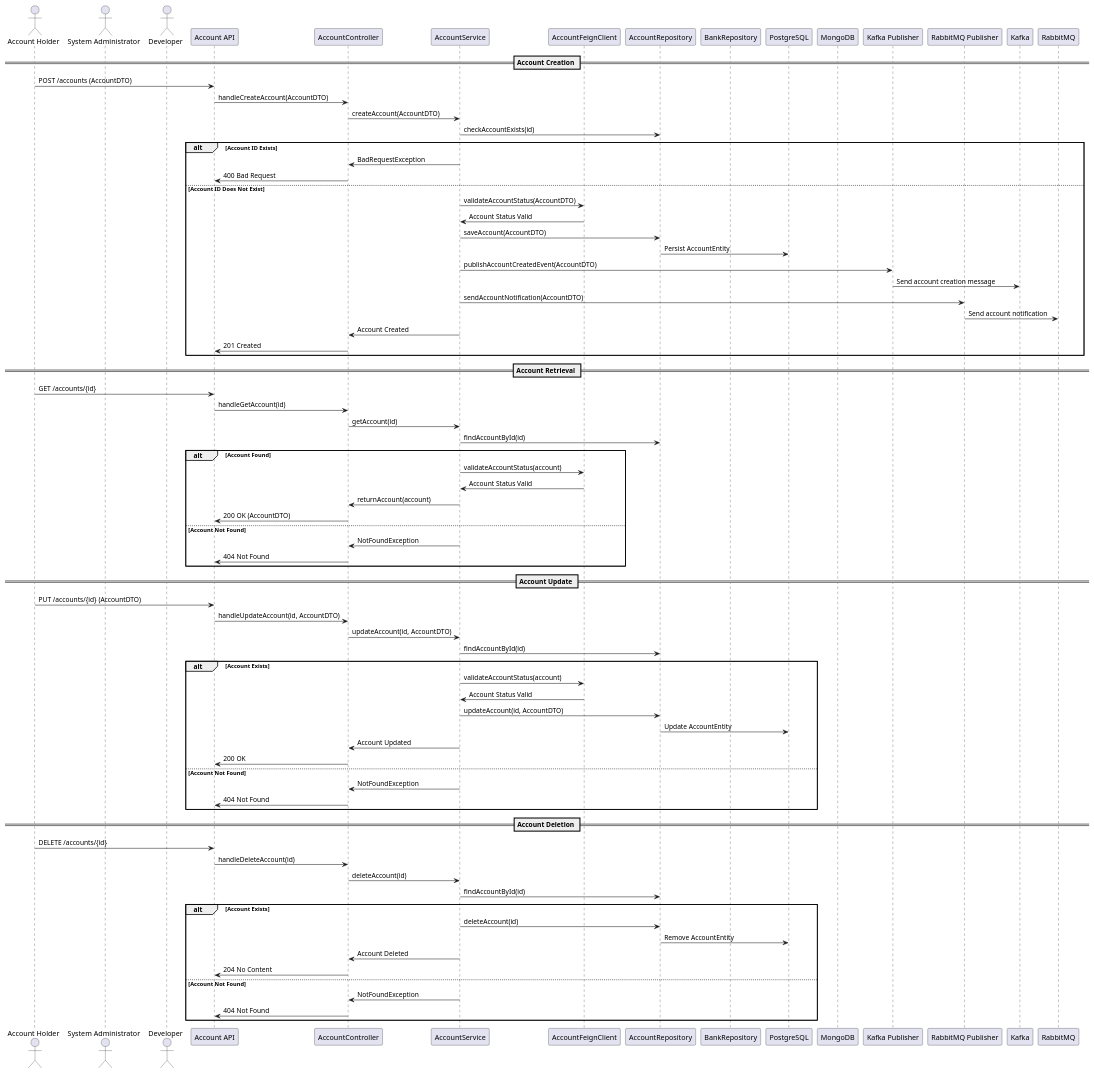
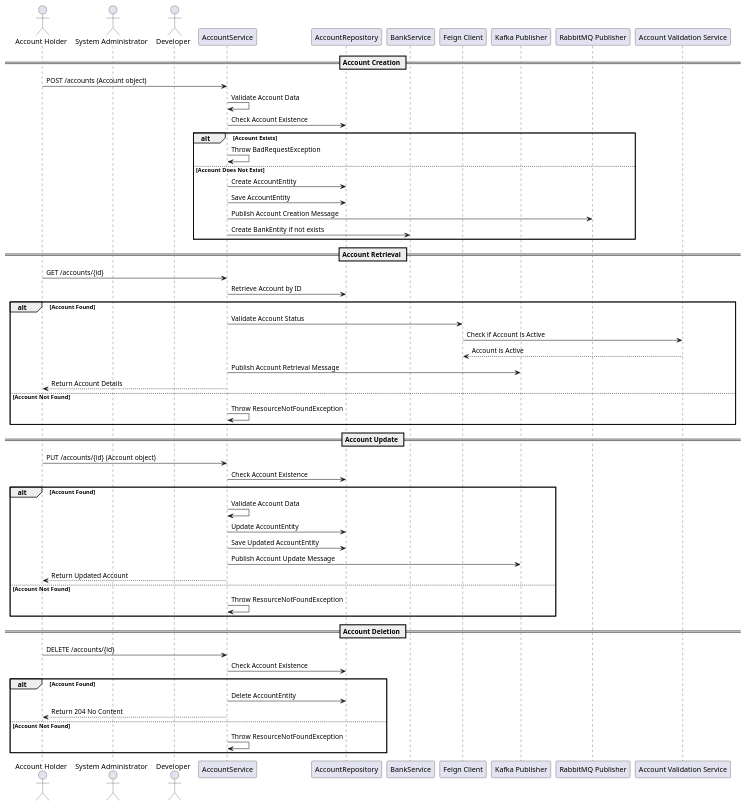
Before and after one commit to Bhaskar-Pavan/AccountService: the diagram in design_document/Account_service.md, drawn with PlantUML. The commit also changed other lines of this file, not shown here.

````diff
--- a/design_document/Account_service.md
+++ b/design_document/Account_service.md
@@ -49,85 +35,64 @@
 ```plantuml
 @startuml
+
 actor "Account Holder" as AH
 actor "System Administrator" as SA
 actor "Developer" as D
-participant "Account API" as API
-participant "AccountController" as AC
 participant "AccountService" as AS
-participant "AccountFeignClient" as AFC
 participant "AccountRepository" as AR
-participant "BankRepository" as BR
-participant "PostgreSQL" as PG
-participant "MongoDB" as MG
+participant "BankService" as BS
+participant "Feign Client" as FC
 participant "Kafka Publisher" as KP
 participant "RabbitMQ Publisher" as RP
+participant "Account Validation Service" as AVS
 
 == Account Creation ==
-AH -> API : POST /accounts (AccountDTO)
-API -> AC : handleCreateAccount(AccountDTO)
-AC -> AS : createAccount(AccountDTO)
-AS -> AR : checkAccountExists(id)
-alt Account ID Exists
-    AS -> AC : BadRequestException
-    AC -> API : 400 Bad Request
-else Account ID Does Not Exist
-    AS -> AFC : validateAccountStatus(AccountDTO)
-    AFC -> AS : Account Status Valid
-    AS -> AR : saveAccount(AccountDTO)
-    AR -> PG : Persist AccountEntity
-    AS -> KP : publishAccountCreatedEvent(AccountDTO)
-    KP -> Kafka : Send account creation message
-    AS -> RP : sendAccountNotification(AccountDTO)
-    RP -> RabbitMQ : Send account notification
-    AS -> AC : Account Created
-    AC -> API : 201 Created
+AH -> AS : POST /accounts (Account object)
+AS -> AS : Validate Account Data
+AS -> AR : Check Account Existence
+alt Account Exists
+    AS -> AS : Throw BadRequestException
+else Account Does Not Exist
+    AS -> AR : Create AccountEntity
+    AS -> AR : Save AccountEntity
+    AS -> RP : Publish Account Creation Message
+    AS -> BS : Create BankEntity if not exists
 end
 
 == Account Retrieval ==
-AH -> API : GET /accounts/{id}
-API -> AC : handleGetAccount(id)
-AC -> AS : getAccount(id)
-AS -> AR : findAccountById(id)
+AH -> AS : GET /accounts/{id}
+AS -> AR : Retrieve Account by ID
 alt Account Found
-    AS -> AFC : validateAccountStatus(account)
-    AFC -> AS : Account Status Valid
-    AS -> AC : returnAccount(account)
-    AC -> API : 200 OK (AccountDTO)
+    AS -> FC : Validate Account Status
+    FC -> AVS : Check if Account is Active
+    AVS --> FC : Account is Active
+    AS -> KP : Publish Account Retrieval Message
+    AS --> AH : Return Account Details
 else Account Not Found
-    AS -> AC : NotFoundException
-    AC -> API : 404 Not Found
+    AS -> AS : Throw ResourceNotFoundException
 end
 
 == Account Update ==
-AH -> API : PUT /accounts/{id} (AccountDTO)
-API -> AC : handleUpdateAccount(id, AccountDTO)
-AC -> AS : updateAccount(id, AccountDTO)
-AS -> AR : findAccountById(id)
-alt Account Exists
-    AS -> AFC : validateAccountStatus(account)
-    AFC -> AS : Account Status Valid
-    AS -> AR : updateAccount(id, AccountDTO)
-    AR -> PG : Update AccountEntity
-    AS -> AC : Account Updated
-    AC -> API : 200 OK
+AH -> AS : PUT /accounts/{id} (Account object)
+AS -> AR : Check Account Existence
+alt Account Found
+    AS -> AS : Validate Account Data
+    AS -> AR : Update AccountEntity
+    AS -> AR : Save Updated AccountEntity
+    AS -> KP : Publish Account Update Message
+    AS --> AH : Return Updated Account
 else Account Not Found
-    AS -> AC : NotFoundException
-    AC -> API : 404 Not Found
+    AS -> AS : Throw ResourceNotFoundException
 end
 
 == Account Deletion ==
-AH -> API : DELETE /accounts/{id}
-API -> AC : handleDeleteAccount(id)
-AC -> AS : deleteAccount(id)
-AS -> AR : findAccountById(id)
-alt Account Exists
-    AS -> AR : deleteAccount(id)
-    AR -> PG : Remove AccountEntity
-    AS -> AC : Account Deleted
-    AC -> API : 204 No Content
+AH -> AS : DELETE /accounts/{id}
+AS -> AR : Check Account Existence
+alt Account Found
+    AS -> AR : Delete AccountEntity
+    AS --> AH : Return 204 No Content
 else Account Not Found
-    AS -> AC : NotFoundException
-    AC -> API : 404 Not Found
+    AS -> AS : Throw ResourceNotFoundException
 end
 
 @enduml
````
